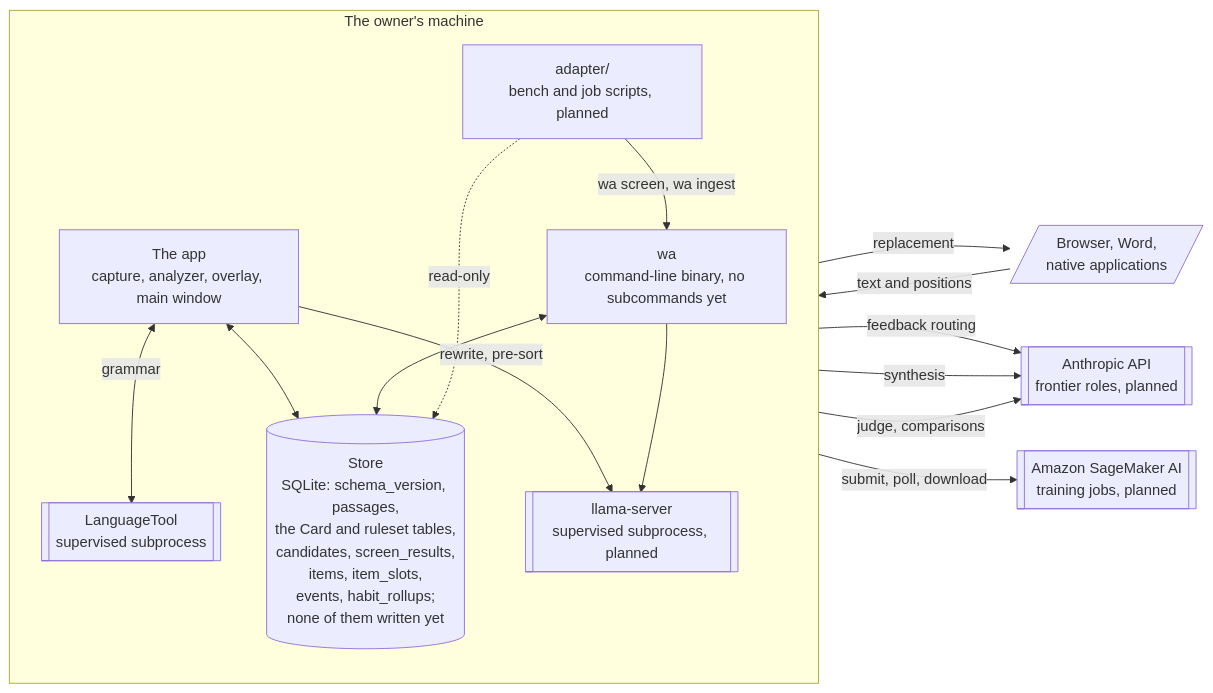
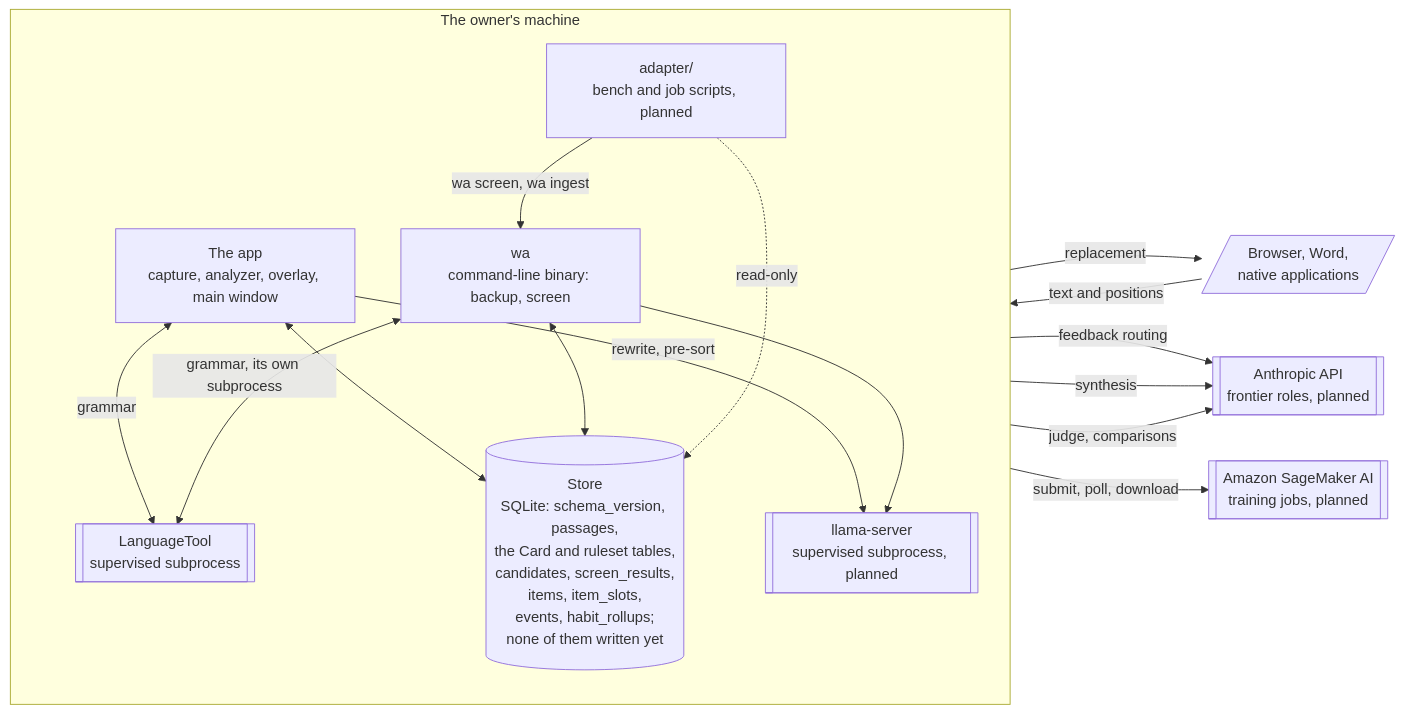
One commit to Bernice-Koh/writing-assistant changed the third of 3 diagrams in README.md. Above: the diagram before and after it, drawn with Mermaid. The commit also changed other lines of this file and 2 other files, not shown here.

Commit message:
docs: describe wa screen and the resources option

````diff
--- a/README.md
+++ b/README.md
@@ -576,31 +578,32 @@
 ```mermaid
 flowchart LR
     Apps[/"Browser, Word,<br/>native applications"/]
 
     subgraph Machine["The owner's machine"]
         direction TB
         App["The app<br/>capture, analyzer, overlay, main window"]
         LT[["LanguageTool<br/>supervised subprocess"]]
         Store[("Store<br/>SQLite: schema_version, passages,<br/>the Card and ruleset tables,<br/>candidates, screen_results,<br/>items, item_slots,<br/>events, habit_rollups;<br/>none of them written yet")]
         LS[["llama-server<br/>supervised subprocess, planned"]]
-        WA["wa<br/>command-line binary, no subcommands yet"]
+        WA["wa<br/>command-line binary: backup, screen"]
         Py["adapter/<br/>bench and job scripts, planned"]
     end
 
     Api[["Anthropic API<br/>frontier roles, planned"]]
     Sage[["Amazon SageMaker AI<br/>training jobs, planned"]]
 
     Apps -->|"text and positions"| App
     App -->|"replacement"| Apps
     App <-->|"grammar"| LT
+    WA <-->|"grammar, its own subprocess"| LT
     App <--> Store
     App -->|"rewrite, pre-sort"| LS
     WA <--> Store
     WA --> LS
     Py -->|"wa screen, wa ingest"| WA
     Py -.->|"read-only"| Store
     App -->|"feedback routing"| Api
     WA -->|"synthesis"| Api
     Py -->|"judge, comparisons"| Api
     Py -->|"submit, poll, download"| Sage
 ```
````
